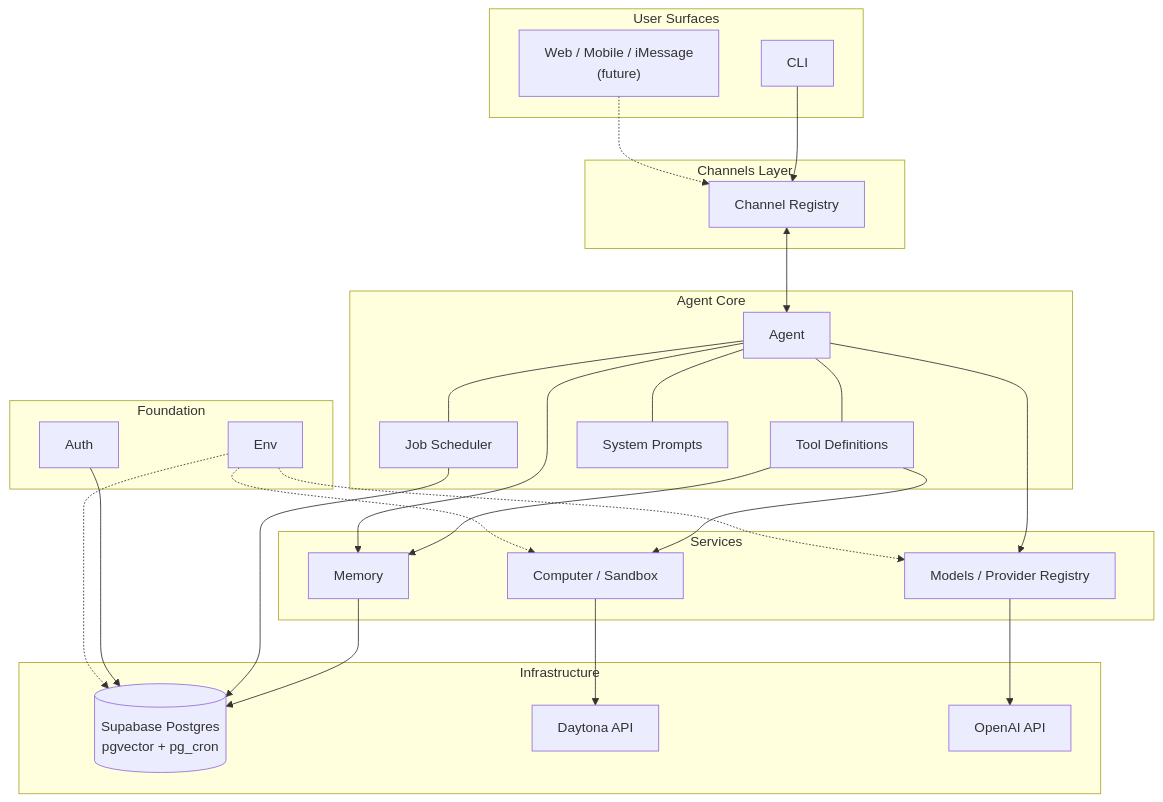
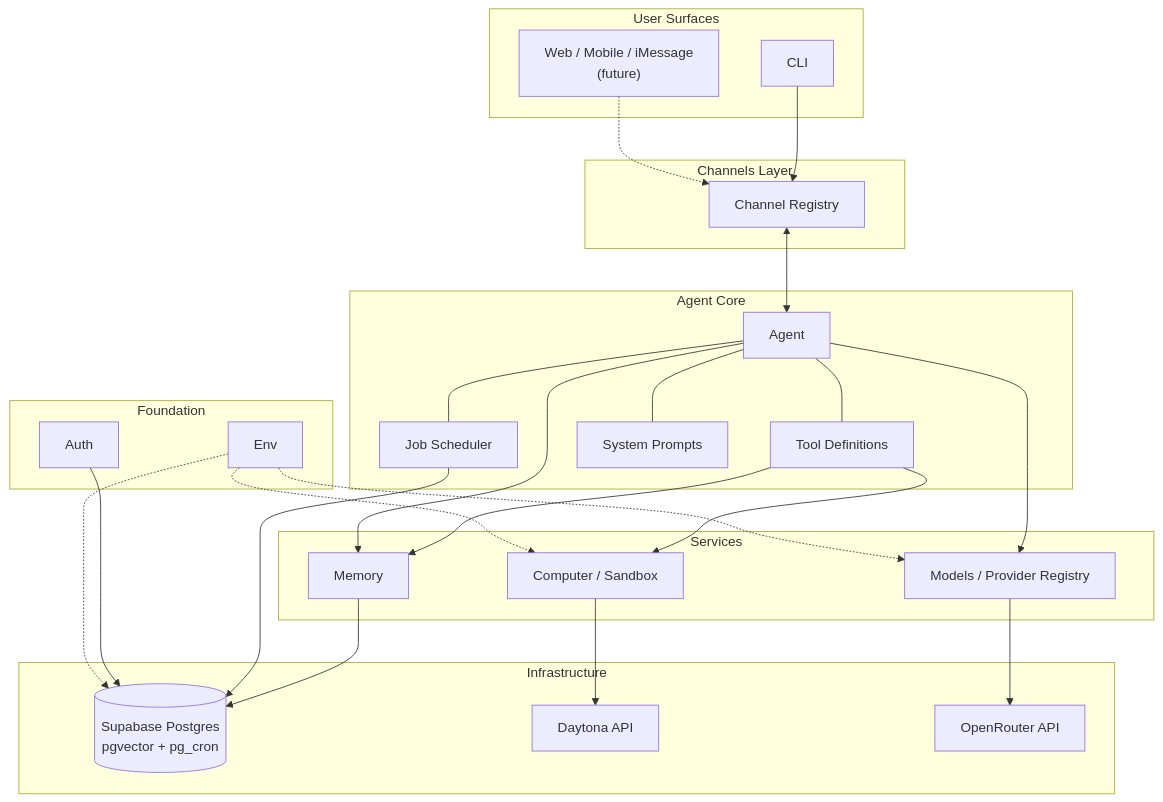
One commit to punitarani/amby changed the first of 5 diagrams in docs/ARCHITECTURE.md. Above: the diagram before and after it, drawn with Mermaid. The commit also changed other lines of this file and 3 other files, not shown here.

````diff
--- a/docs/ARCHITECTURE.md
+++ b/docs/ARCHITECTURE.md
@@ -35,58 +35,58 @@
 ```mermaid
 graph TD
     subgraph "User Surfaces"
         CLI[CLI]
         Future["Web / Mobile / iMessage<br/>(future)"]
     end
 
     subgraph "Channels Layer"
         CR[Channel Registry]
     end
 
     CLI --> CR
     Future -.-> CR
 
     subgraph "Agent Core"
         A[Agent]
         Tools[Tool Definitions]
         Jobs[Job Scheduler]
         Prompts[System Prompts]
         A --- Tools
         A --- Jobs
         A --- Prompts
     end
 
     CR <--> A
 
     subgraph "Services"
         Memory[Memory]
         Models[Models / Provider Registry]
         Computer[Computer / Sandbox]
     end
 
     Tools --> Memory
     Tools --> Computer
     A --> Models
     A --> Memory
 
     subgraph "Infrastructure"
         DB[(Supabase Postgres<br/>pgvector + pg_cron)]
         Daytona[Daytona API]
-        OpenAI[OpenAI API]
+        OpenRouter[OpenRouter API]
     end
 
     Memory --> DB
     Jobs --> DB
     Computer --> Daytona
-    Models --> OpenAI
+    Models --> OpenRouter
 
     subgraph "Foundation"
         ENV[Env]
         Auth[Auth]
     end
 
     Auth --> DB
     ENV -.-> DB
     ENV -.-> Models
     ENV -.-> Computer
 ```
````
